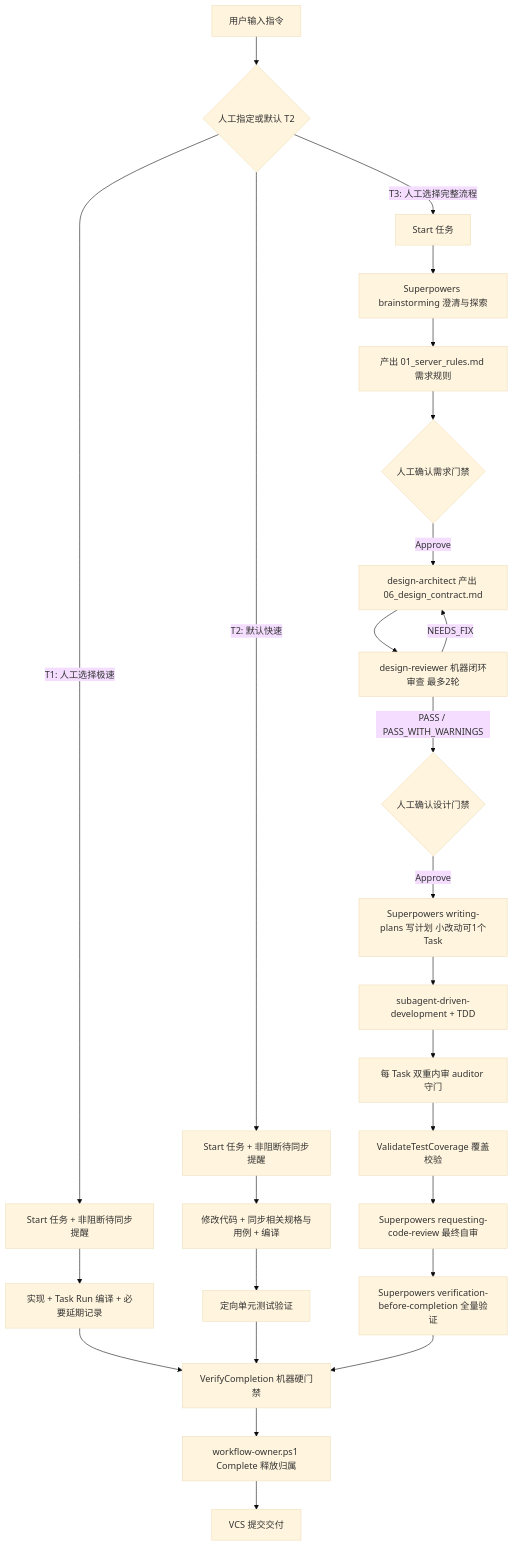
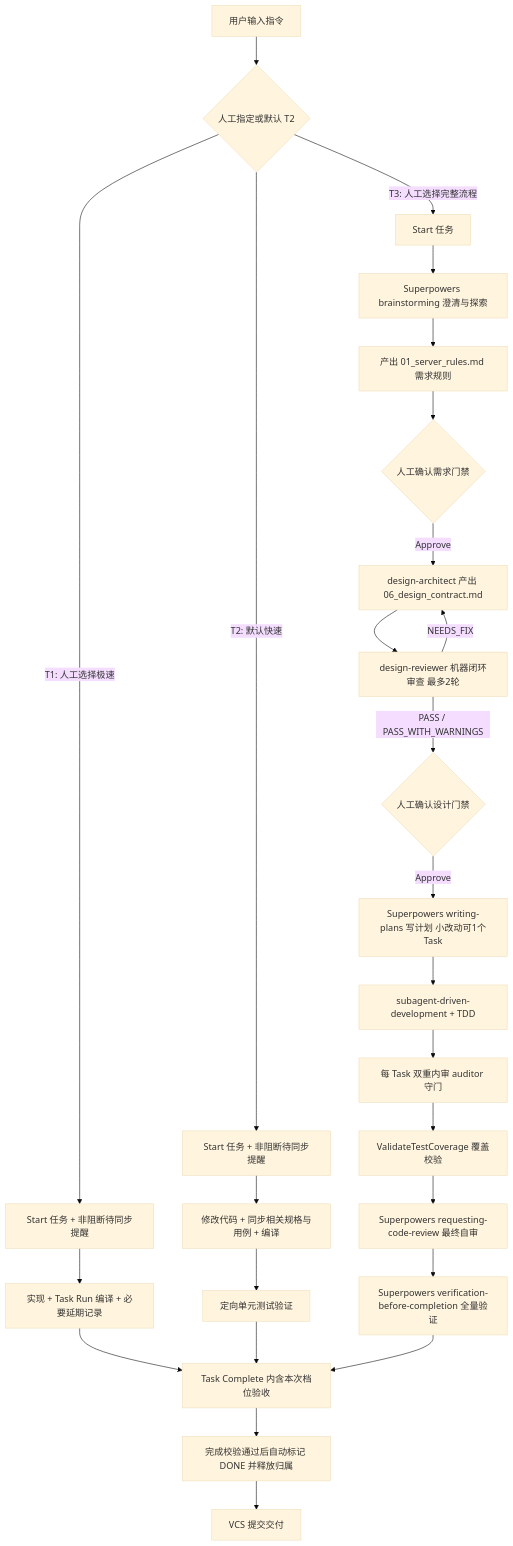
Before and after one commit to jitawangzi/agent-sop: the diagram in SUPERPOWERS_MANUAL.md, drawn with Mermaid (base theme). The commit also changed other lines of this file and 8 other files, not shown here.

````diff
--- a/SUPERPOWERS_MANUAL.md
+++ b/SUPERPOWERS_MANUAL.md
@@ -272,32 +298,32 @@
 ```mermaid
 flowchart TD
     A[用户输入指令] --> B{人工指定或默认 T2}
     
     B -->|T1: 人工选择极速| C[Start 任务 + 非阻断待同步提醒]
     C --> C1[实现 + Task Run 编译 + 必要延期记录]
     C1 --> S
     
     B -->|T2: 默认快速| D[Start 任务 + 非阻断待同步提醒]
     D --> D1[修改代码 + 同步相关规格与用例 + 编译]
     D1 --> D2[定向单元测试验证]
     D2 --> S[Task Complete 内含本次档位验收]
     
     B -->|T3: 人工选择完整流程| E[Start 任务]
     E --> F[Superpowers brainstorming 澄清与探索]
     F --> G[产出 01_server_rules.md 需求规则]
     G --> H{人工确认需求门禁}
     H -->|Approve| I[design-architect 产出 06_design_contract.md]
     I --> J[design-reviewer 机器闭环审查 最多2轮]
     J -->|PASS / PASS_WITH_WARNINGS| K{人工确认设计门禁}
     J -->|NEEDS_FIX| I
     K -->|Approve| L[Superpowers writing-plans 写计划 小改动可1个Task]
     L --> M[subagent-driven-development + TDD]
     M --> N[每 Task 双重内审 auditor 守门]
     N --> O[ValidateTestCoverage 覆盖校验]
     O --> P[Superpowers requesting-code-review 最终自审]
     P --> Q[Superpowers verification-before-completion 全量验证]
-    Q --> S[VerifyCompletion 机器硬门禁]
+    Q --> S
     
-    S --> T[workflow-owner.ps1 Complete 释放归属]
+    S --> T[完成校验通过后自动标记 DONE 并释放归属]
     T --> U[VCS 提交交付]
 ```
````
